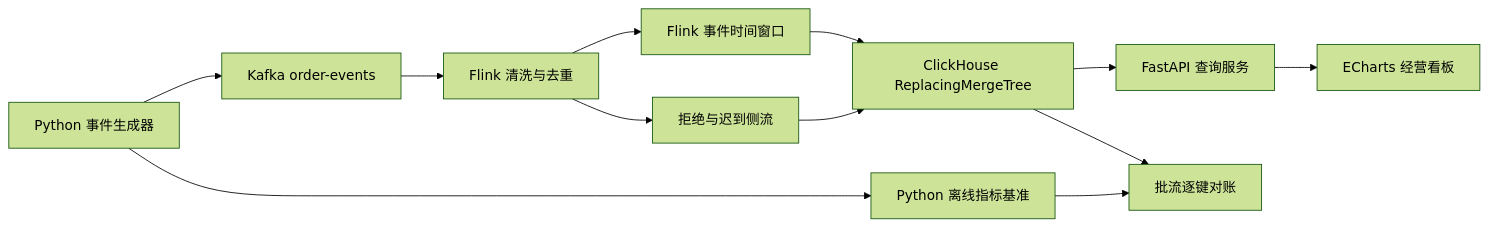
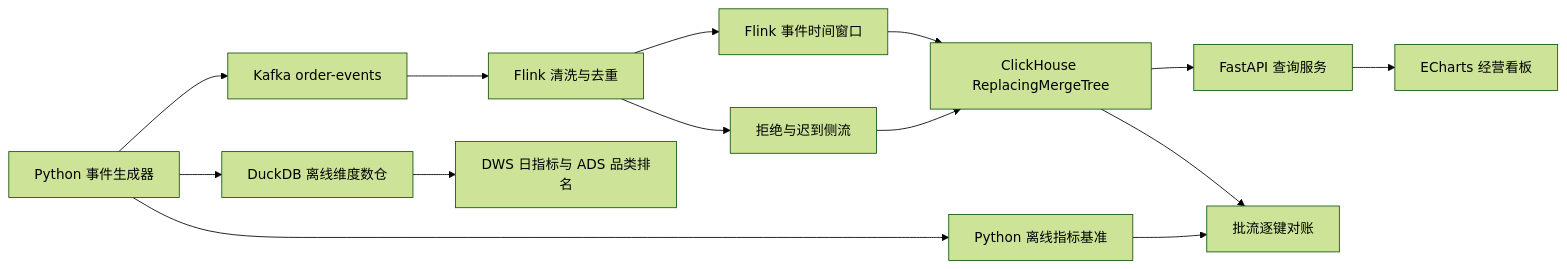
Before and after one commit to ZliY221/Real-time-data-warehouse-and-business-analysis-platform-for-e-commerce: the diagram in README.md, drawn with Mermaid (forest theme). The commit also changed other lines of this file and 15 other files, not shown here.

````diff
--- a/README.md
+++ b/README.md
@@ -45,14 +46,16 @@
 ```mermaid
 flowchart LR
     A[Python 事件生成器] --> B[Kafka order-events]
     B --> C[Flink 清洗与去重]
     C --> D[Flink 事件时间窗口]
     D --> E[ClickHouse ReplacingMergeTree]
     E --> F[FastAPI 查询服务]
     F --> G[ECharts 经营看板]
     C --> H[拒绝与迟到侧流]
     H --> E
     A --> I[Python 离线指标基准]
     E --> J[批流逐键对账]
     I --> J
+    A --> K[DuckDB 离线维度数仓]
+    K --> L[DWS 日指标与 ADS 品类排名]
 ```
````
